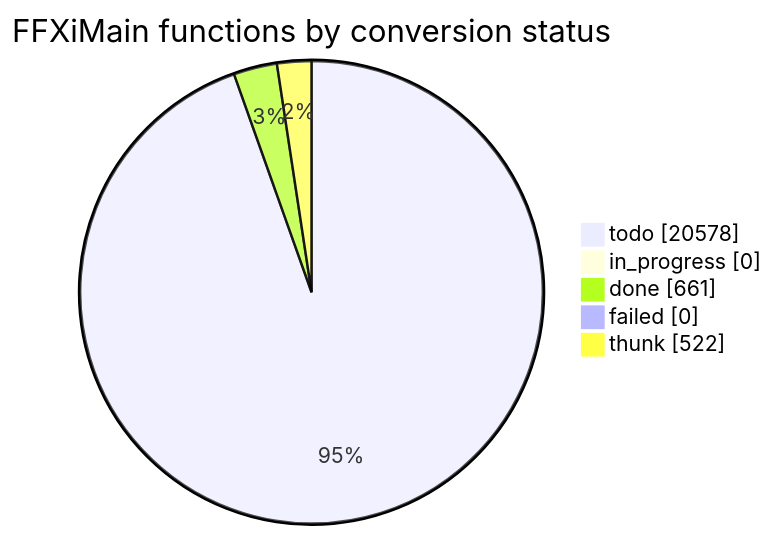
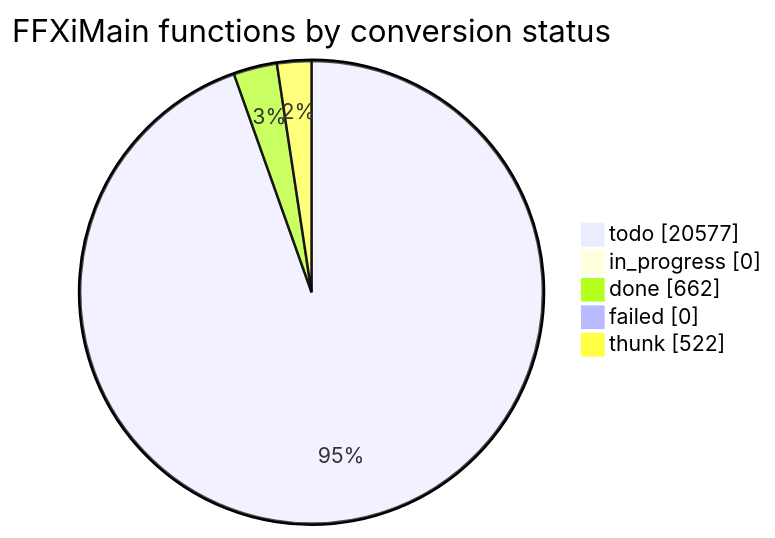
The diagram in docs/cow/STATUS.md (cowrevenge/cow_kuluu_xi_anything), drawn with Mermaid before and after one commit. The commit also changed other lines of this file and 9 other files, not shown here.

````diff
--- a/docs/cow/STATUS.md
+++ b/docs/cow/STATUS.md
@@ -18,9 +18,9 @@
 ```mermaid
 pie showData
     title FFXiMain functions by conversion status
-    "todo" : 20578
+    "todo" : 20577
     "in_progress" : 0
-    "done" : 661
+    "done" : 662
     "failed" : 0
     "thunk" : 522
 ```
````
